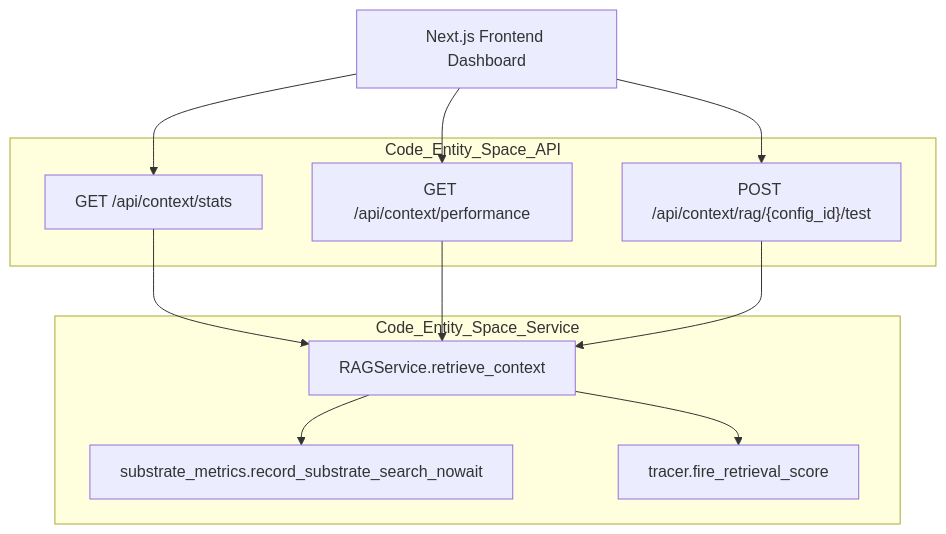
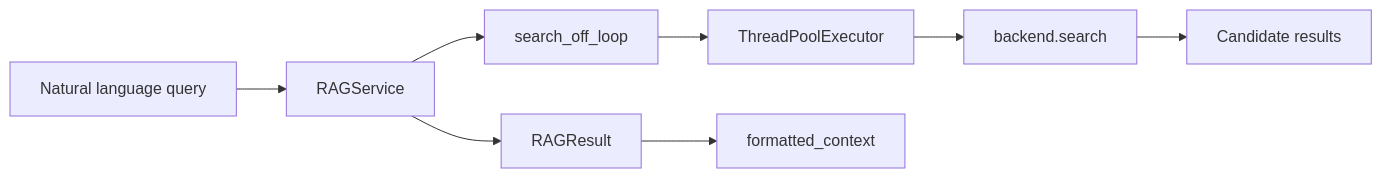
The first of 4 diagrams in docs/knowledge-base-rag/rag-retrieval-system.md (AutomatosAI/automatos-ai), drawn with Mermaid before and after one commit. The commit also changed other lines of this file and 188 other files, not shown here.

First line of the commit message:
docs: refresh architecture docs and add coverage for new subsystems (#1416)

````diff
--- a/docs/knowledge-base-rag/rag-retrieval-system.md
+++ b/docs/knowledge-base-rag/rag-retrieval-system.md
@@ -245,25 +70,10 @@
 ```mermaid
-graph TB
-    UI["Next.js Frontend Dashboard"]
-    
-    subgraph "Code_Entity_Space_API"
-        Stats["GET /api/context/stats"]
-        Perf["GET /api/context/performance"]
-        Test["POST /api/context/rag/{config_id}/test"]
-    end
-    
-    subgraph "Code_Entity_Space_Service"
-        RS["RAGService.retrieve_context"]
-        Substrate["substrate_metrics.record_substrate_search_nowait"]
-        Tracer["tracer.fire_retrieval_score"]
-    end
-    
-    UI --> Stats
-    UI --> Perf
-    UI --> Test
-    Stats --> RS
-    Perf --> RS
-    Test --> RS
-    RS --> Substrate
-    RS --> Tracer
+flowchart LR
+    Query["Natural language query"] --> RAGService["RAGService"]
+    RAGService --> SearchOffLoop["search_off_loop"]
+    SearchOffLoop --> Executor["ThreadPoolExecutor"]
+    Executor --> BackendSearch["backend.search"]
+    BackendSearch --> Results["Candidate results"]
+    RAGService --> Result["RAGResult"]
+    Result --> Context["formatted_context"]
 ```
````
